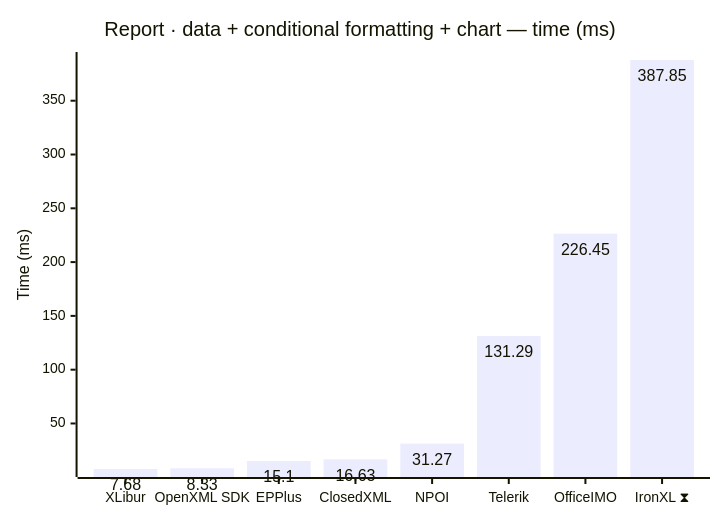
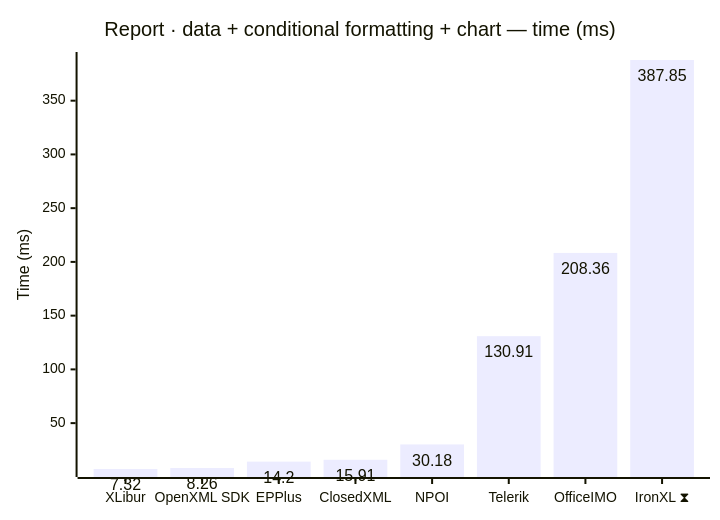
The ninth of 18 diagrams in docs/results.md (jafin/XLBench), drawn with Mermaid before and after one commit. The commit also changed other lines of this file and 5 other files, not shown here.

````diff
--- a/docs/results.md
+++ b/docs/results.md
@@ -146,12 +146,12 @@
 ```mermaid
 ---
 config:
   xyChart:
     showDataLabel: true
 ---
 xychart-beta
     title "Report · data + conditional formatting + chart — time (ms)"
     x-axis ["XLibur", "OpenXML SDK", "EPPlus", "ClosedXML", "NPOI", "Telerik", "OfficeIMO", "IronXL ⧗"]
     y-axis "Time (ms)"
-    bar [7.68, 8.33, 15.1, 16.63, 31.27, 131.29, 226.45, 387.85]
+    bar [7.32, 8.26, 14.2, 15.91, 30.18, 130.91, 208.36, 387.85]
 ```
````
